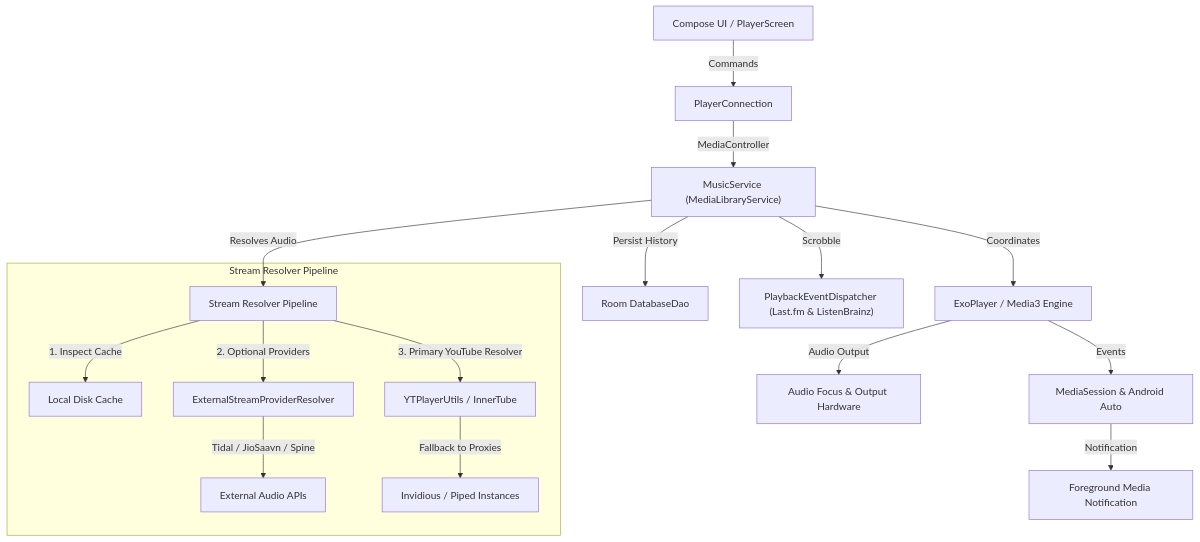
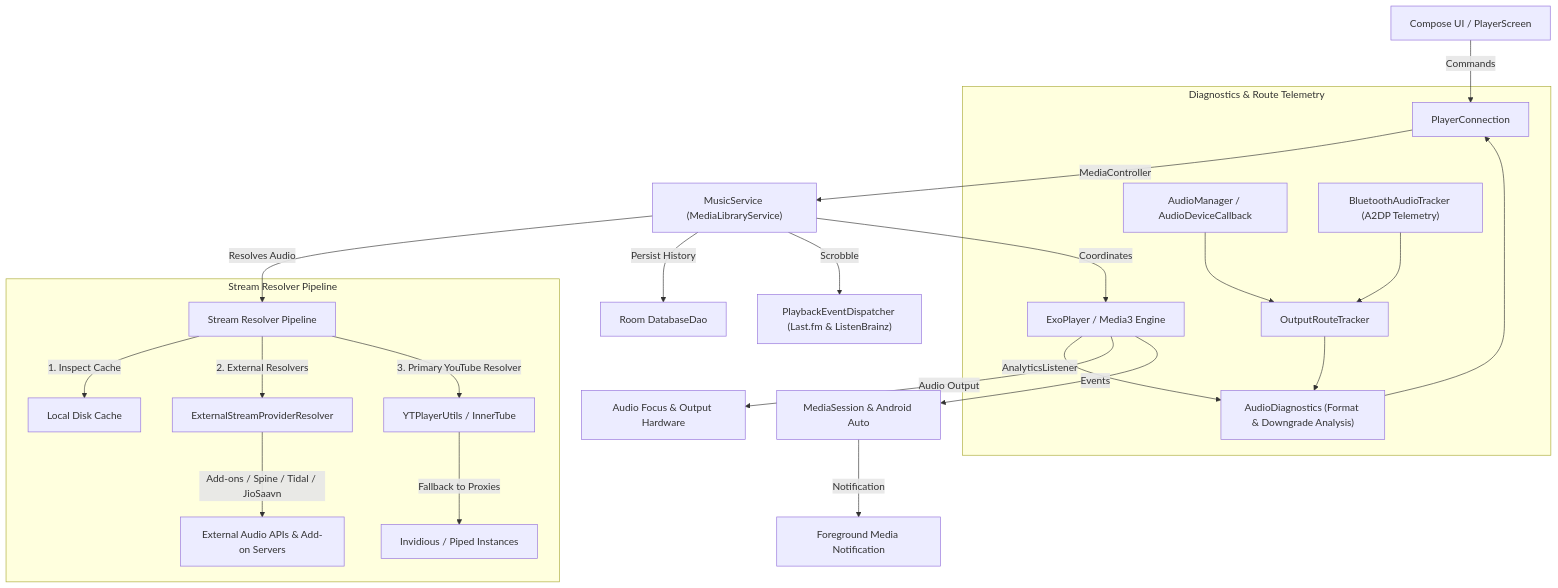
Before and after one commit to slythnox/Napster: the diagram in docs/PLAYBACK.md, drawn with Mermaid. The commit also changed other lines of this file and 39 other files, not shown here.

````diff
--- a/docs/PLAYBACK.md
+++ b/docs/PLAYBACK.md
@@ -9,22 +9,30 @@
 ```mermaid
 flowchart TD
     UI["Compose UI / PlayerScreen"] -->|Commands| PC["PlayerConnection"]
     PC -->|MediaController| MS["MusicService (MediaLibraryService)"]
     MS -->|Coordinates| Exo["ExoPlayer / Media3 Engine"]
     MS -->|Resolves Audio| Res["Stream Resolver Pipeline"]
     
     subgraph "Stream Resolver Pipeline"
         Res -->|1. Inspect Cache| Cache["Local Disk Cache"]
-        Res -->|2. Optional Providers| Ext["ExternalStreamProviderResolver"]
-        Ext -->|Tidal / JioSaavn / Spine| ExtAPI["External Audio APIs"]
+        Res -->|2. External Resolvers| Ext["ExternalStreamProviderResolver"]
+        Ext -->|Add-ons / Spine / Tidal / JioSaavn| ExtAPI["External Audio APIs & Add-on Servers"]
         Res -->|3. Primary YouTube Resolver| YT["YTPlayerUtils / InnerTube"]
         YT -->|Fallback to Proxies| AltYT["Invidious / Piped Instances"]
+    end
+
+    subgraph "Diagnostics & Route Telemetry"
+        Exo -->|AnalyticsListener| Diag["AudioDiagnostics (Format & Downgrade Analysis)"]
+        AudioMgr["AudioManager / AudioDeviceCallback"] --> OutputTracker["OutputRouteTracker"]
+        BT["BluetoothAudioTracker (A2DP Telemetry)"] --> OutputTracker
+        OutputTracker --> Diag
+        Diag --> PC
     end
 
     Exo -->|Audio Output| AudioFocus["Audio Focus & Output Hardware"]
     Exo -->|Events| Session["MediaSession & Android Auto"]
     Session -->|Notification| Notif["Foreground Media Notification"]
     
     MS -->|Persist History| Room["Room DatabaseDao"]
     MS -->|Scrobble| Events["PlaybackEventDispatcher (Last.fm & ListenBrainz)"]
 ```
````
